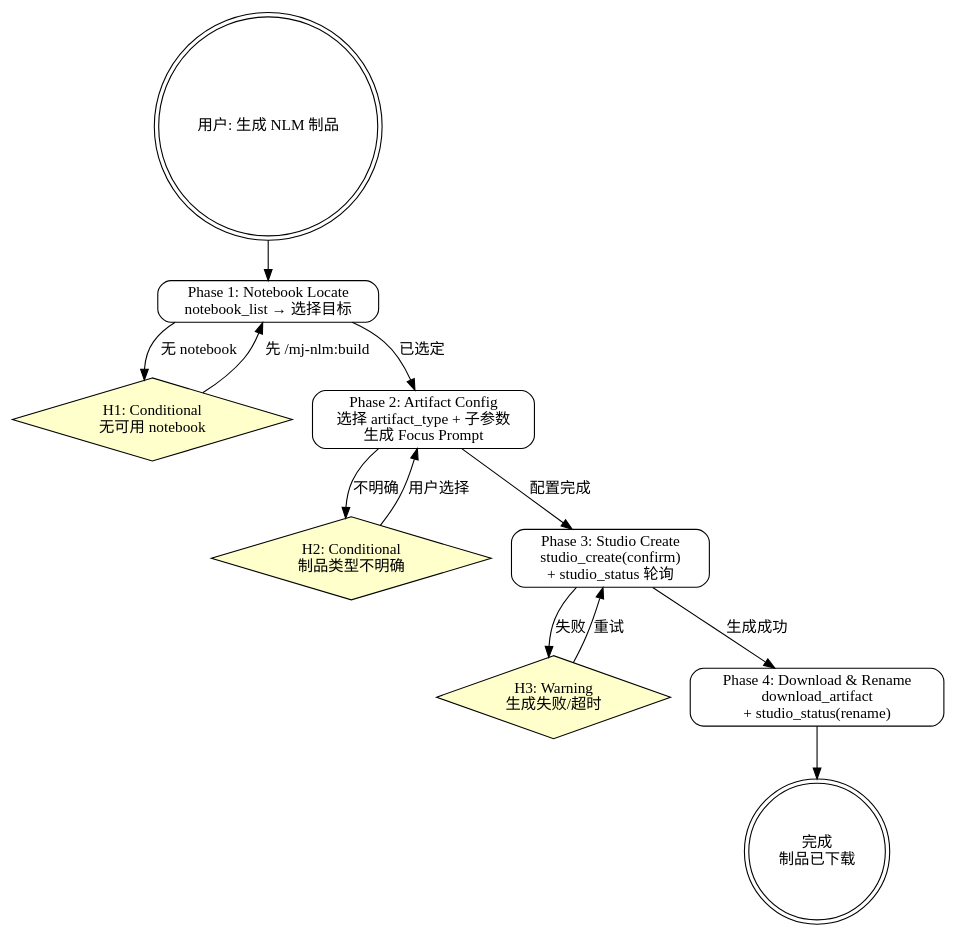
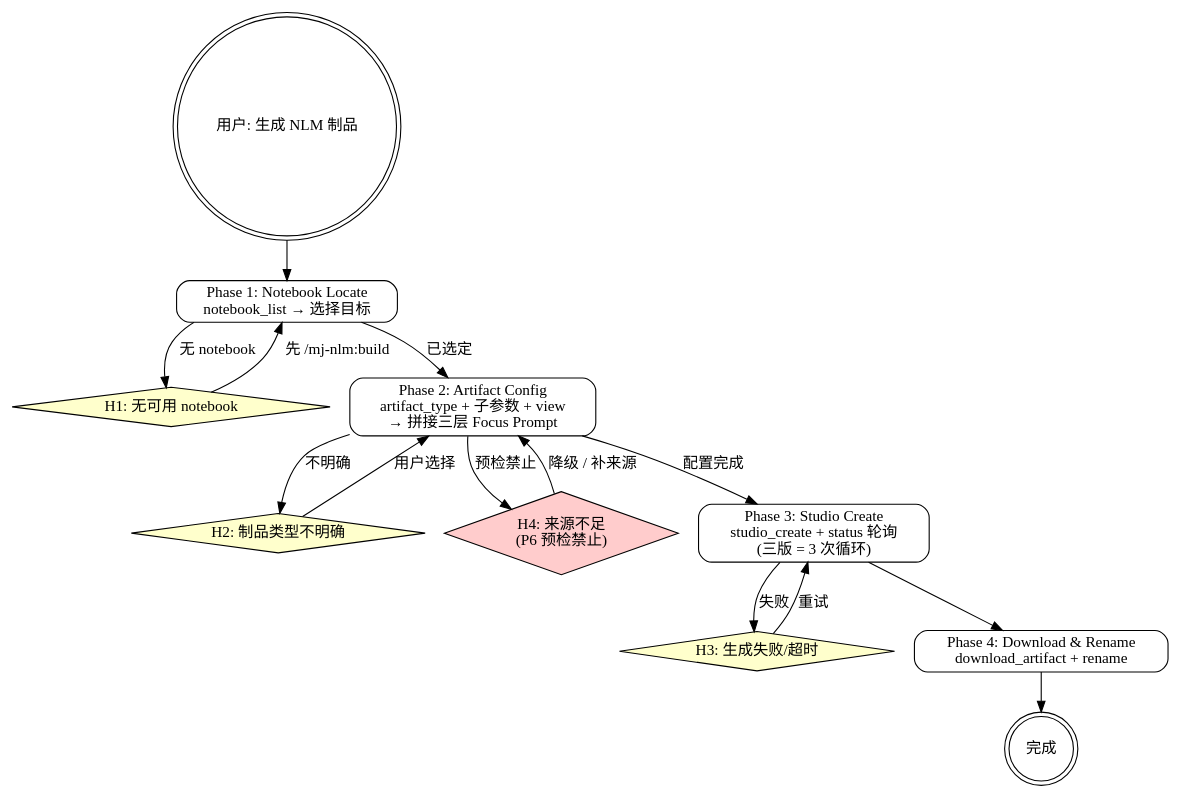
The diagram in plugins/mj-nlm/skills/mj-nlm-studio/SKILL.md (ranzuozhou/my-marketplace), drawn with Graphviz before and after one commit. The commit also changed other lines of this file and 18 other files, not shown here.

````diff
--- a/plugins/mj-nlm/skills/mj-nlm-studio/SKILL.md
+++ b/plugins/mj-nlm/skills/mj-nlm-studio/SKILL.md
@@ -39,36 +53,39 @@
 ```dot
 digraph nlm_studio {
     rankdir=TB;
     node [shape=box, style=rounded];
 
     start [label="用户: 生成 NLM 制品", shape=doublecircle];
 
     P1 [label="Phase 1: Notebook Locate\nnotebook_list → 选择目标"];
-    H1 [label="H1: Conditional\n无可用 notebook", shape=diamond, style=filled, fillcolor="#ffffcc"];
+    H1 [label="H1: 无可用 notebook", shape=diamond, style=filled, fillcolor="#ffffcc"];
 
-    P2 [label="Phase 2: Artifact Config\n选择 artifact_type + 子参数\n生成 Focus Prompt"];
-    H2 [label="H2: Conditional\n制品类型不明确", shape=diamond, style=filled, fillcolor="#ffffcc"];
+    P2 [label="Phase 2: Artifact Config\nartifact_type + 子参数 + view\n→ 拼接三层 Focus Prompt"];
+    H2 [label="H2: 制品类型不明确", shape=diamond, style=filled, fillcolor="#ffffcc"];
+    H4 [label="H4: 来源不足\n(P6 预检禁止)", shape=diamond, style=filled, fillcolor="#ffcccc"];
 
-    P3 [label="Phase 3: Studio Create\nstudio_create(confirm)\n+ studio_status 轮询"];
-    H3 [label="H3: Warning\n生成失败/超时", shape=diamond, style=filled, fillcolor="#ffffcc"];
+    P3 [label="Phase 3: Studio Create\nstudio_create + status 轮询\n(三版 = 3 次循环)"];
+    H3 [label="H3: 生成失败/超时", shape=diamond, style=filled, fillcolor="#ffffcc"];
 
-    P4 [label="Phase 4: Download & Rename\ndownload_artifact\n+ studio_status(rename)"];
+    P4 [label="Phase 4: Download & Rename\ndownload_artifact + rename"];
 
-    DONE [label="完成\n制品已下载", shape=doublecircle];
+    DONE [label="完成", shape=doublecircle];
 
     start -> P1;
     P1 -> H1 [label="无 notebook"];
     H1 -> P1 [label="先 /mj-nlm:build"];
     P1 -> P2 [label="已选定"];
 
     P2 -> H2 [label="不明确"];
     H2 -> P2 [label="用户选择"];
+    P2 -> H4 [label="预检禁止"];
+    H4 -> P2 [label="降级 / 补来源"];
     P2 -> P3 [label="配置完成"];
 
     P3 -> H3 [label="失败"];
     H3 -> P3 [label="重试"];
-    P3 -> P4 [label="生成成功"];
+    P3 -> P4;
 
     P4 -> DONE;
 }
 ```
````
